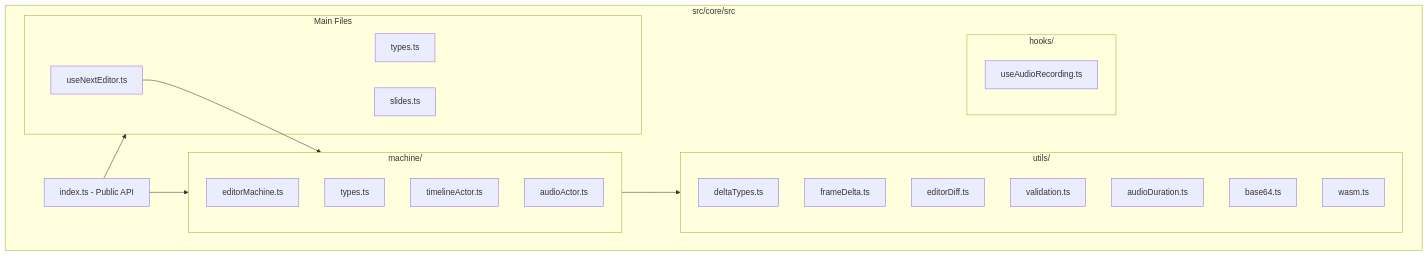
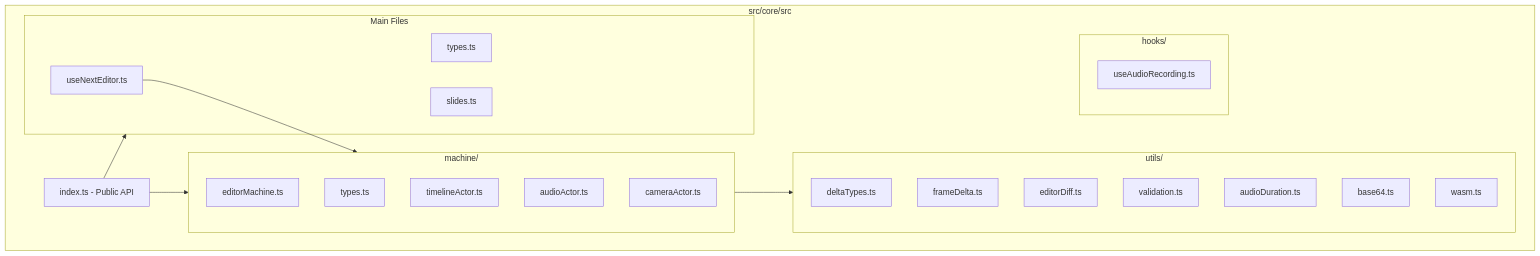
Before and after one commit to channyeintun/next-editor: the first of 6 diagrams in docs/core.md, drawn with Mermaid. The commit also changed other lines of this file and 7 other files, not shown here.

````diff
--- a/docs/core.md
+++ b/docs/core.md
@@ -9,38 +9,39 @@
 ```mermaid
 flowchart TB
     subgraph Core["src/core/src"]
         Index[index.ts - Public API]
 
         subgraph Main["Main Files"]
             Types[types.ts]
             Slides[slides.ts]
             UseNextEditor[useNextEditor.ts]
         end
 
         subgraph Machine["machine/"]
             EditorMachine[editorMachine.ts]
             MachineTypes[types.ts]
             TimelineActor[timelineActor.ts]
             AudioActor[audioActor.ts]
+            CameraActor[cameraActor.ts]
         end
 
         subgraph Utils["utils/"]
             DeltaTypes[deltaTypes.ts]
             FrameDelta[frameDelta.ts]
             EditorDiff[editorDiff.ts]
             Validation[validation.ts]
             AudioDuration[audioDuration.ts]
             Base64[base64.ts]
             Wasm[wasm.ts]
         end
 
         subgraph Hooks["hooks/"]
             UseAudioRecording[useAudioRecording.ts]
         end
     end
 
     Index --> Main
     Index --> Machine
     UseNextEditor --> Machine
     Machine --> Utils
 ```
````
